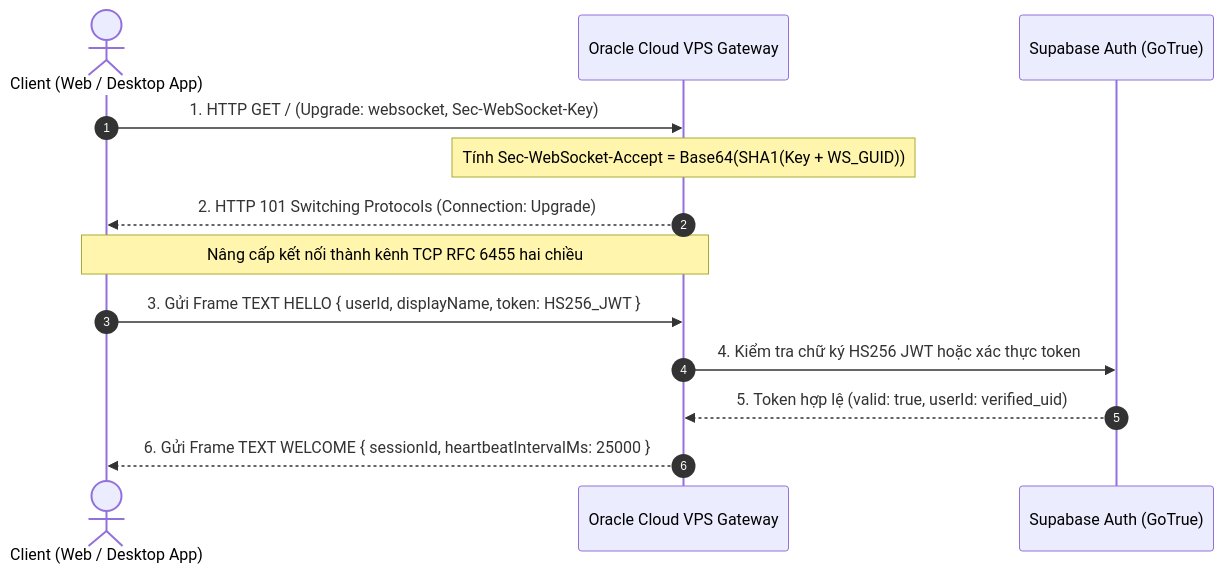
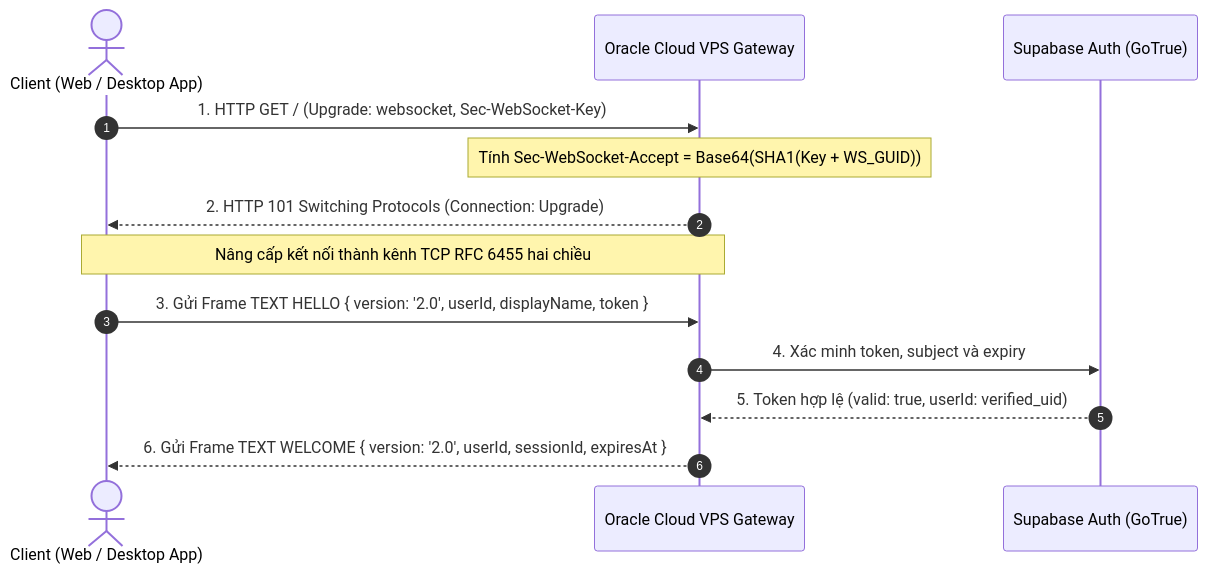
Before and after one commit to Asdb24/DoAnLapTrinhMang: the first of 4 diagrams in README.md, drawn with Mermaid. The commit also changed other lines of this file and 42 other files, not shown here.

````diff
--- a/README.md
+++ b/README.md
@@ -92,16 +92,16 @@
 ```mermaid
 sequenceDiagram
     autonumber
     actor Client as Client (Web / Desktop App)
     participant GW as Oracle Cloud VPS Gateway
     participant Auth as Supabase Auth (GoTrue)
 
     Client->>GW: 1. HTTP GET / (Upgrade: websocket, Sec-WebSocket-Key)
     Note over GW: Tính Sec-WebSocket-Accept = Base64(SHA1(Key + WS_GUID))
     GW-->>Client: 2. HTTP 101 Switching Protocols (Connection: Upgrade)
     Note over Client,GW: Nâng cấp kết nối thành kênh TCP RFC 6455 hai chiều
-    Client->>GW: 3. Gửi Frame TEXT HELLO { userId, displayName, token: HS256_JWT }
-    GW->>Auth: 4. Kiểm tra chữ ký HS256 JWT hoặc xác thực token
+    Client->>GW: 3. Gửi Frame TEXT HELLO { version: '2.0', userId, displayName, token }
+    GW->>Auth: 4. Xác minh token, subject và expiry
     Auth-->>GW: 5. Token hợp lệ (valid: true, userId: verified_uid)
-    GW-->>Client: 6. Gửi Frame TEXT WELCOME { sessionId, heartbeatIntervalMs: 25000 }
+    GW-->>Client: 6. Gửi Frame TEXT WELCOME { version: '2.0', userId, sessionId, expiresAt }
 ```
````
